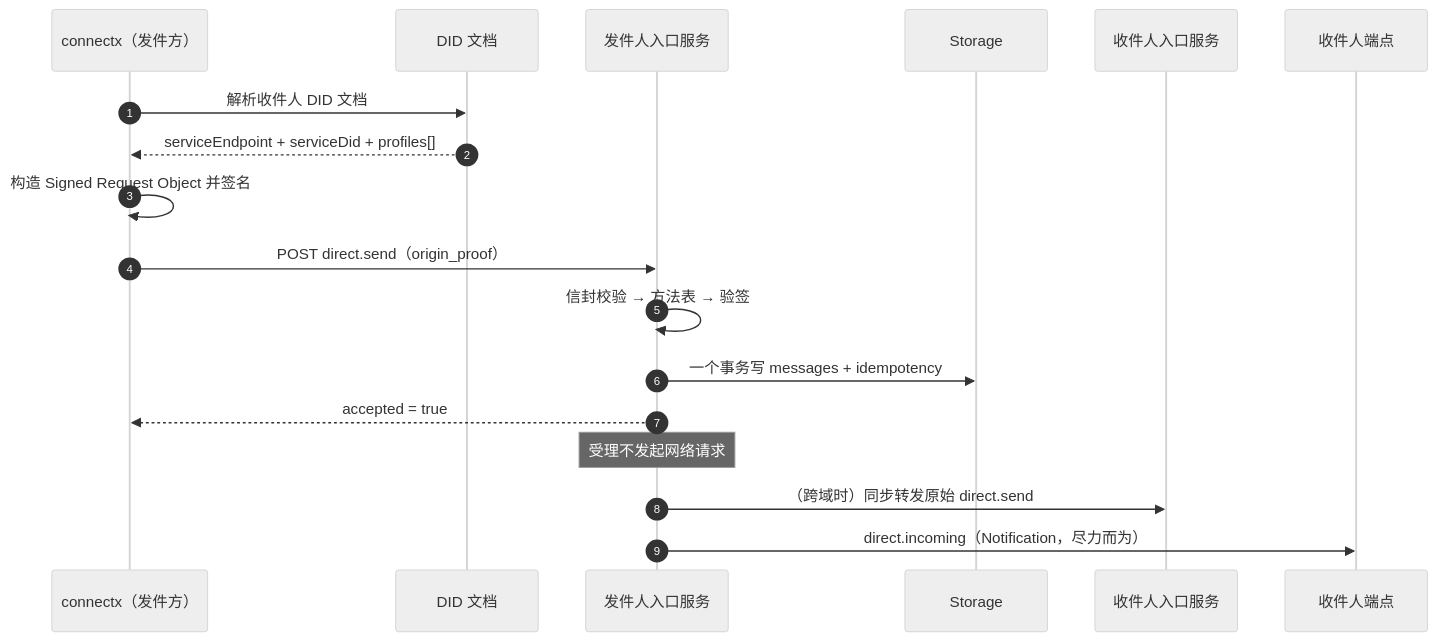
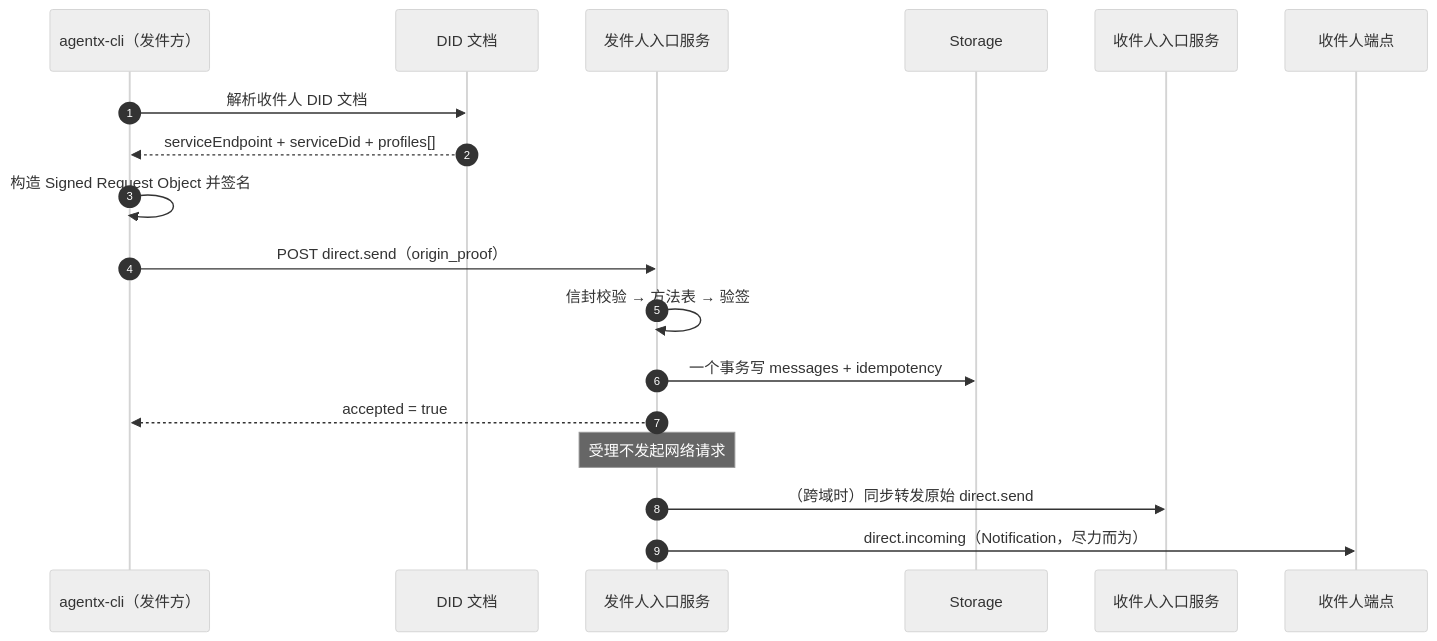
One commit to eccstartup/anpio-cli changed the diagram in vercel/guide/messages.md. Above: the diagram before and after it, drawn with Mermaid (neutral theme). The commit also changed other lines of this file and 17 other files, not shown here.

First line of the commit message:
docs(site): the guides teach agentx-cli now, not connectx

````diff
--- a/vercel/guide/messages.md
+++ b/vercel/guide/messages.md
@@ -14,21 +14,21 @@
 ```mermaid
 sequenceDiagram
   autonumber
-  participant C as connectx（发件方）
+  participant C as agentx-cli（发件方）
   participant D as DID 文档
   participant I as 发件人入口服务
   participant DB as Storage
   participant R as 收件人入口服务
   participant A as 收件人端点
 
   C->>D: 解析收件人 DID 文档
   D-->>C: serviceEndpoint + serviceDid + profiles[]
   C->>C: 构造 Signed Request Object 并签名
   C->>I: POST direct.send（origin_proof）
   I->>I: 信封校验 → 方法表 → 验签
   I->>DB: 一个事务写 messages + idempotency
   I-->>C: accepted = true
   Note over I: 受理不发起网络请求
   I->>R: （跨域时）同步转发原始 direct.send
   I->>A: direct.incoming（Notification，尽力而为）
 ```
````
